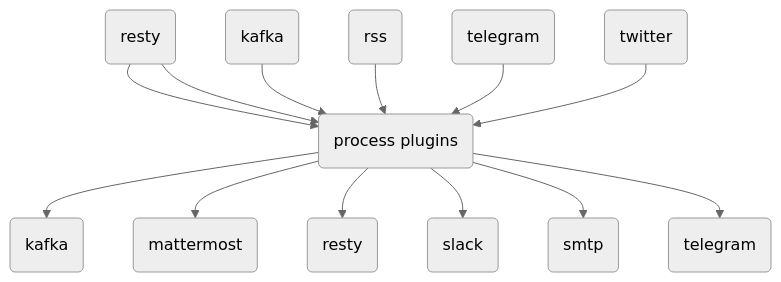
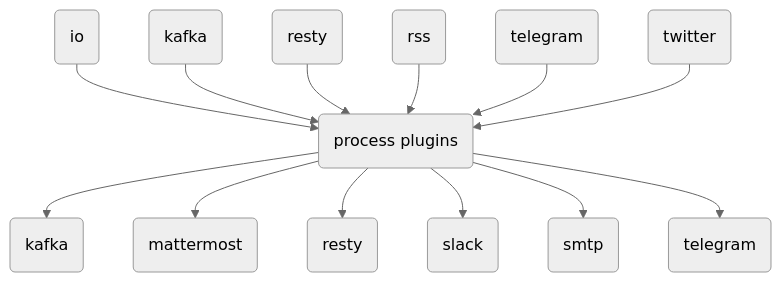
Before and after one commit to livelace/gosquito: the diagram in README.md, drawn with Mermaid (neutral theme).

````diff
--- a/README.md
+++ b/README.md
@@ -7,15 +7,15 @@
 ```mermaid
 graph TD;
-    I2(io)-->P1(process plugins);
-    I1(kafka)-->P1;
-    I2(resty)-->P1;
-    I3(rss)-->P1;
-    I4(telegram)-->P1;
-    I5(twitter)-->P1;
+    I1(io)-->P1(process plugins);
+    I2(kafka)-->P1;
+    I3(resty)-->P1;
+    I4(rss)-->P1;
+    I5(telegram)-->P1;
+    I6(twitter)-->P1;
     P1-->O1(kafka);
     P1-->O2(mattermost);
     P1-->O3(resty);
     P1-->O4(slack);
     P1-->O5(smtp);
     P1-->O6(telegram);
 ```
````
